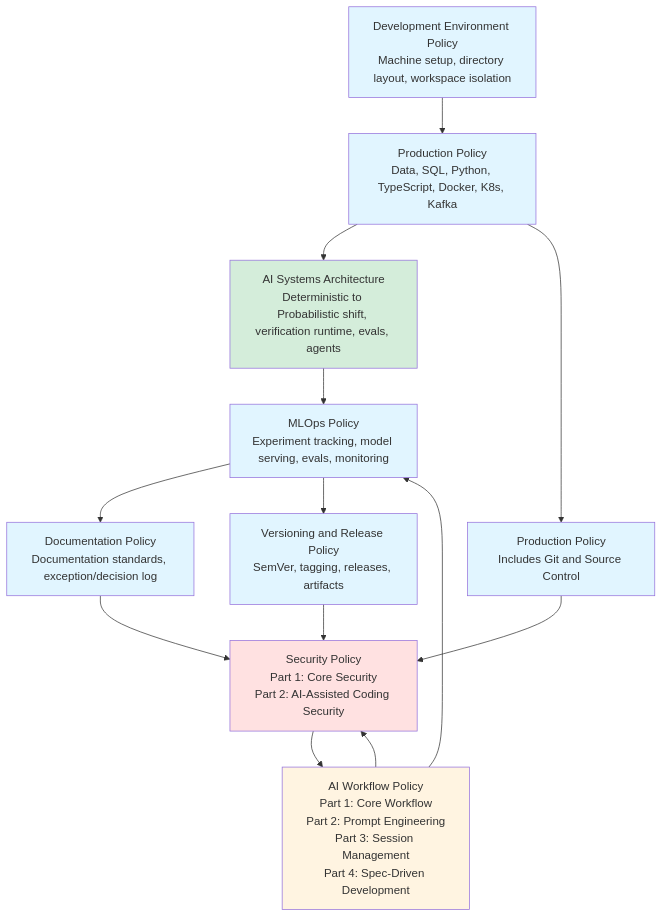
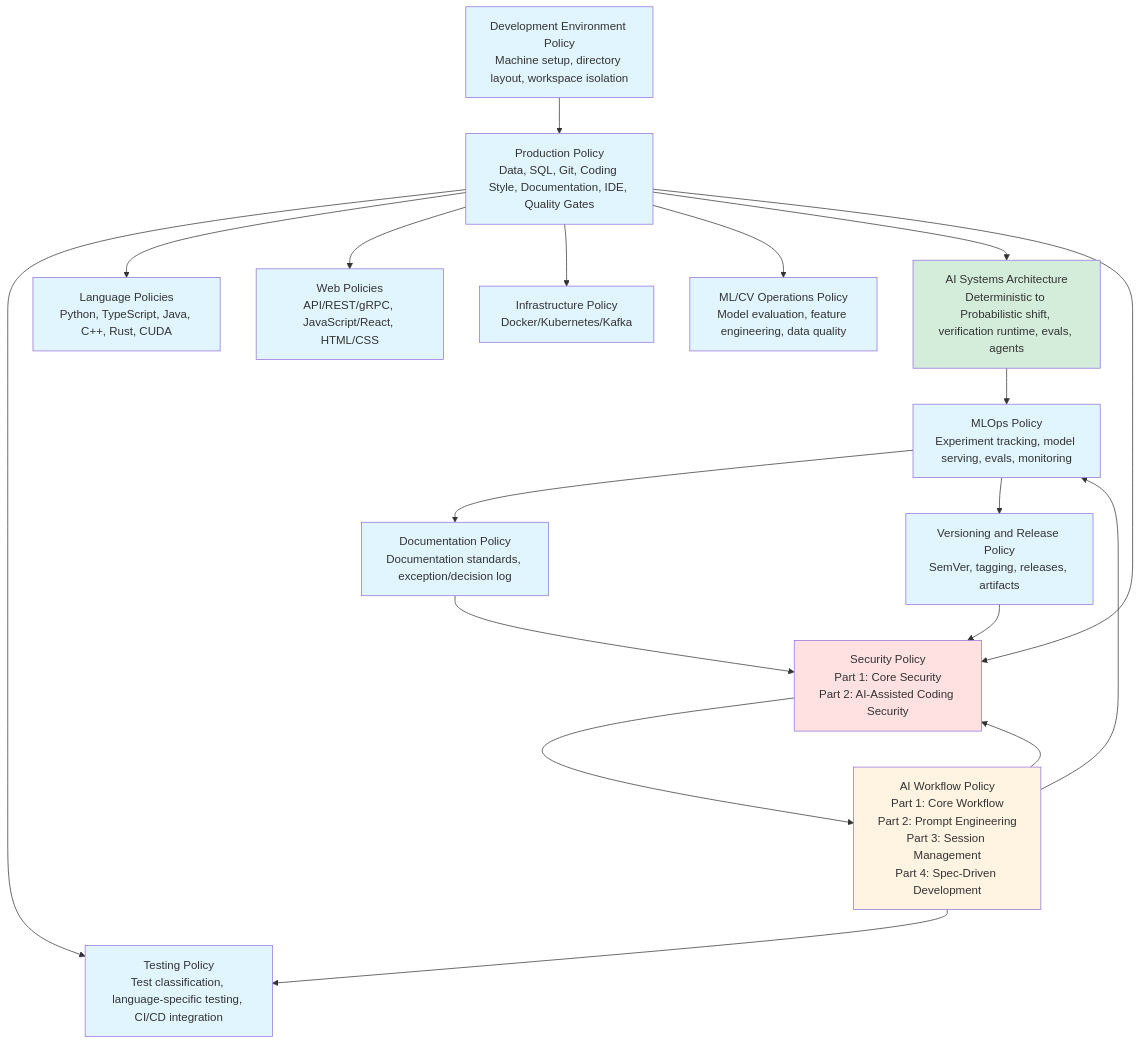
One commit to alfonsocruzvelasco/engineering-policies changed the diagram in README.md. Above: the diagram before and after it, drawn with Mermaid. The commit also changed other lines of this file, not shown here.

First line of the commit message:
Refactor README.md with latest policy structure

````diff
--- a/README.md
+++ b/README.md
@@ -181,26 +194,34 @@
 ```mermaid
 graph TD
-    A["Development Environment Policy<br/>Machine setup, directory layout, workspace isolation"] --> B["Production Policy<br/>Data, SQL, Python, TypeScript, Docker, K8s, Kafka"]
+    A["Development Environment Policy<br/>Machine setup, directory layout, workspace isolation"] --> B["Production Policy<br/>Data, SQL, Git, Coding Style, Documentation, IDE, Quality Gates"]
+    B --> T["Testing Policy<br/>Test classification, language-specific testing, CI/CD integration"]
+    B --> L["Language Policies<br/>Python, TypeScript, Java, C++, Rust, CUDA"]
+    B --> W["Web Policies<br/>API/REST/gRPC, JavaScript/React, HTML/CSS"]
+    B --> I["Infrastructure Policy<br/>Docker/Kubernetes/Kafka"]
+    B --> M["ML/CV Operations Policy<br/>Model evaluation, feature engineering, data quality"]
     B --> G["AI Systems Architecture<br/>Deterministic to Probabilistic shift, verification runtime, evals, agents"]
-    G --> C["MLOps Policy<br/>Experiment tracking, model serving, evals, monitoring"]
-    C --> D1["Documentation Policy<br/>Documentation standards, exception/decision log"]
-    C --> D3["Versioning and Release Policy<br/>SemVer, tagging, releases, artifacts"]
-    B --> D2["Production Policy<br/>Includes Git and Source Control"]
+    G --> O["MLOps Policy<br/>Experiment tracking, model serving, evals, monitoring"]
+    O --> D1["Documentation Policy<br/>Documentation standards, exception/decision log"]
+    O --> D3["Versioning and Release Policy<br/>SemVer, tagging, releases, artifacts"]
     D1 --> E["Security Policy<br/>Part 1: Core Security<br/>Part 2: AI-Assisted Coding Security"]
-    D2 --> E
+    B --> E
     D3 --> E
     E --> F["AI Workflow Policy<br/>Part 1: Core Workflow<br/>Part 2: Prompt Engineering<br/>Part 3: Session Management<br/>Part 4: Spec-Driven Development"]
-    F --> C
+    F --> O
     F --> E
+    F --> T
 
     style A fill:#e1f5ff
     style B fill:#e1f5ff
+    style T fill:#e1f5ff
+    style L fill:#e1f5ff
+    style W fill:#e1f5ff
+    style I fill:#e1f5ff
+    style M fill:#e1f5ff
     style G fill:#d4edda
-    style C fill:#e1f5ff
+    style O fill:#e1f5ff
     style D1 fill:#e1f5ff
-    style D2 fill:#e1f5ff
     style D3 fill:#e1f5ff
-    style G fill:#d4edda
     style E fill:#ffe1e1
     style F fill:#fff4e1
 ```
````
